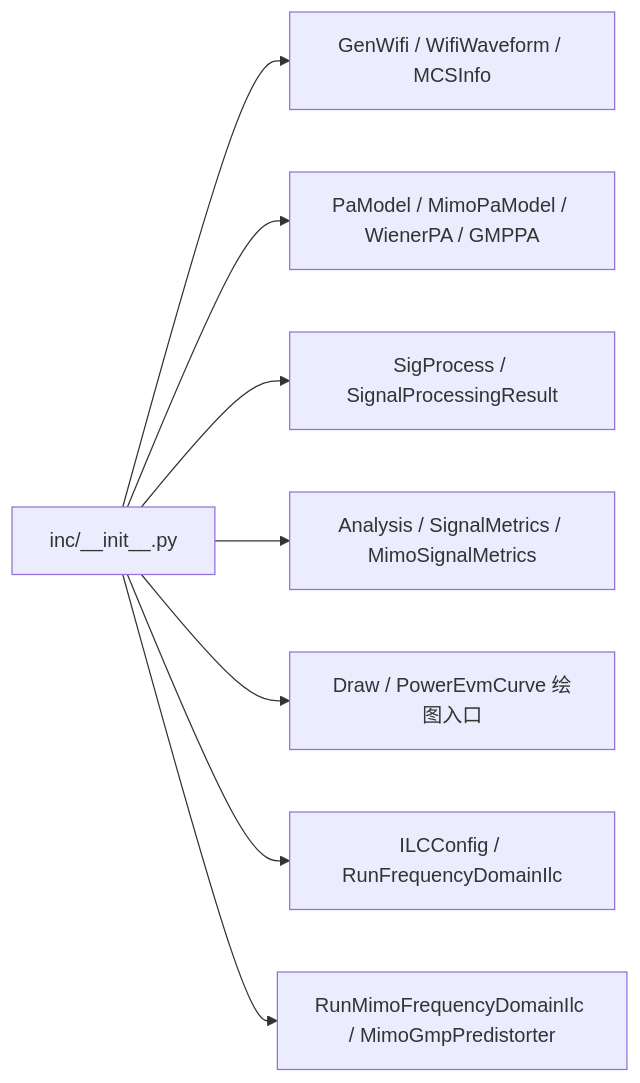
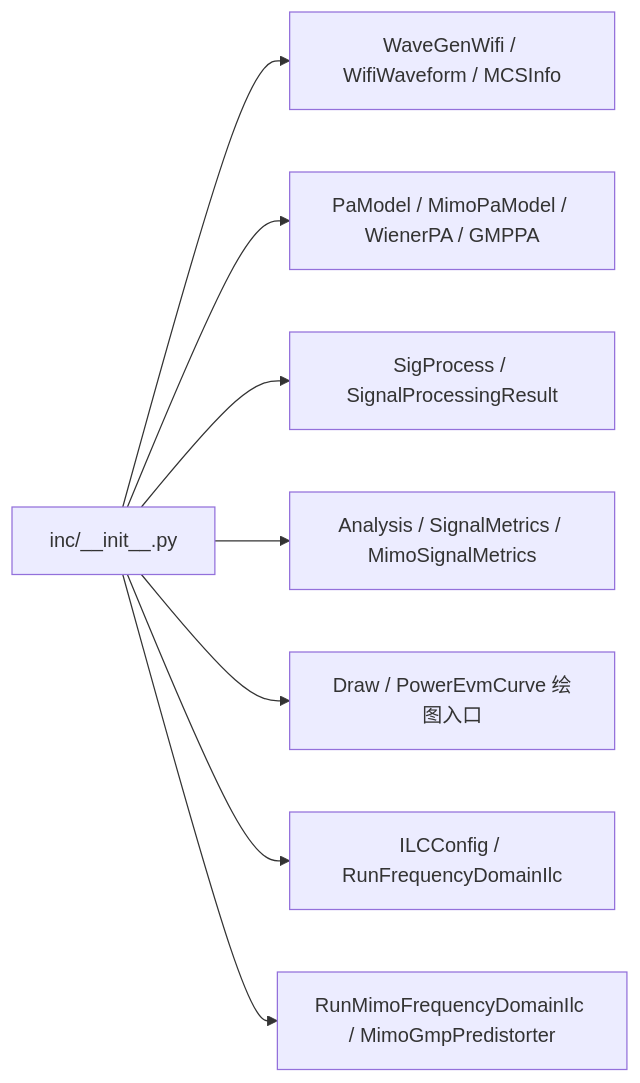
One commit to niyilu45/DPD_ILC changed the ninth of 9 diagrams in README.md. Above: the diagram before and after it, drawn with Mermaid. The commit also changed other lines of this file and 10 other files, not shown here.

````diff
--- a/README.md
+++ b/README.md
@@ -396,10 +396,10 @@
 ```mermaid
 flowchart LR
-    init["inc/__init__.py"] --> waveApi["GenWifi / WifiWaveform / MCSInfo"]
+    init["inc/__init__.py"] --> waveApi["WaveGenWifi / WifiWaveform / MCSInfo"]
     init --> paApi["PaModel / MimoPaModel / WienerPA / GMPPA"]
     init --> signalApi["SigProcess / SignalProcessingResult"]
     init --> analysisApi["Analysis / SignalMetrics / MimoSignalMetrics"]
     init --> drawApi["Draw / PowerEvmCurve 绘图入口"]
     init --> ilcApi["ILCConfig / RunFrequencyDomainIlc"]
     init --> mimoIlcApi["RunMimoFrequencyDomainIlc / MimoGmpPredistorter"]
 ```
````
